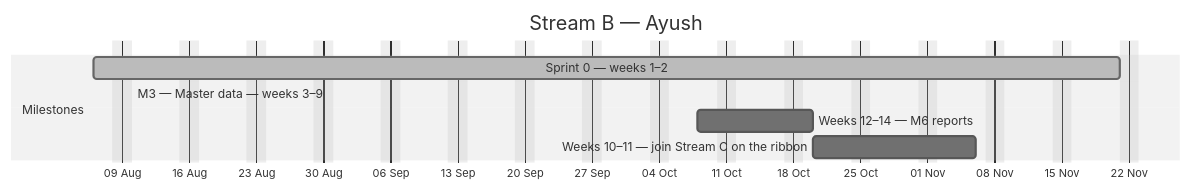
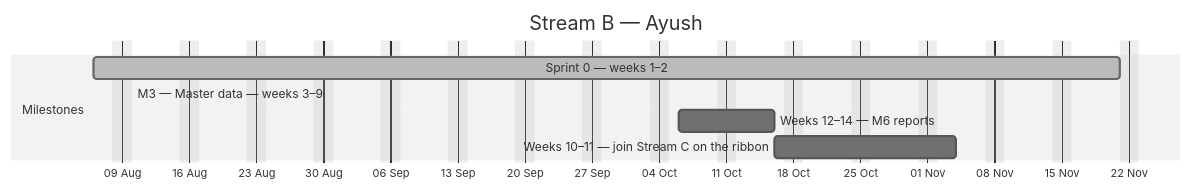
One commit to debashisedunext/EduTrack changed the second of 4 diagrams in docs/plan/GANTT.md. Above: the diagram before and after it, drawn with Mermaid (neutral theme). The commit also changed other lines of this file and 3 other files, not shown here.

````diff
--- a/docs/plan/GANTT.md
+++ b/docs/plan/GANTT.md
@@ -144,12 +144,12 @@
 ```mermaid
 gantt
     dateFormat YYYY-MM-DD
     axisFormat %d %b
     title Stream B — Ayush
     excludes weekends
     section Milestones
     Sprint 0 — weeks 1–2 :done, b0, 2026-08-06, 77d
-    M3 — Master data — weeks 3–9 :active, b1, 2026-08-10, -15d
-    Weeks 12–14 — M6 reports :b2, 2026-10-08, 8d
-    Weeks 10–11 — join Stream C on the ribbon :b3, 2026-10-20, 13d
+    M3 — Master data — weeks 3–9 :active, b1, 2026-08-10, -17d
+    Weeks 12–14 — M6 reports :b2, 2026-10-06, 8d
+    Weeks 10–11 — join Stream C on the ribbon :b3, 2026-10-16, 13d
 ```
````
